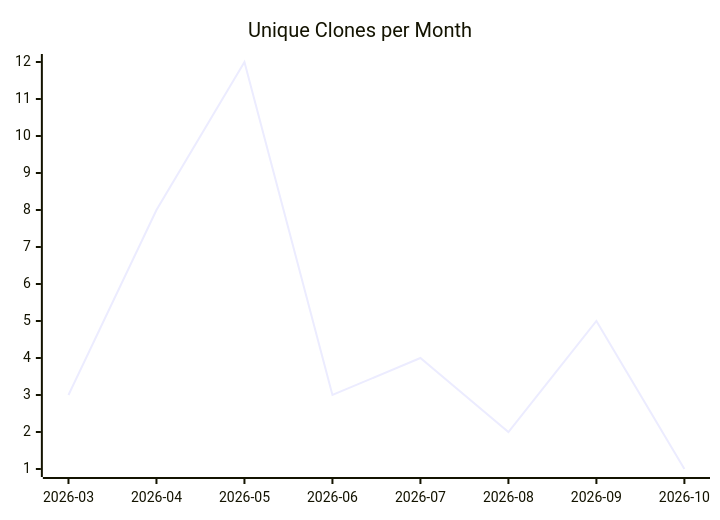
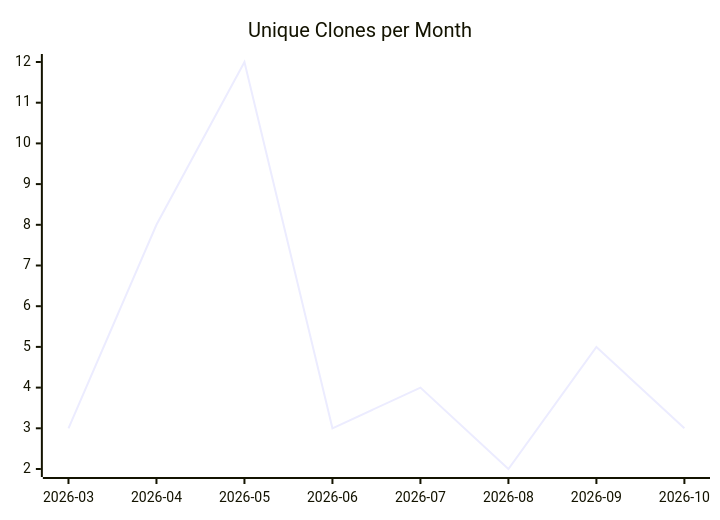
One commit to justdavis-family/github-analytics-data changed the third of 3 diagrams in karlmdavis/puppet-sonar/README.md. Above: the diagram before and after it, drawn with Mermaid. The commit also changed other lines of this file and 203 other files, not shown here.

````diff
--- a/karlmdavis/puppet-sonar/README.md
+++ b/karlmdavis/puppet-sonar/README.md
@@ -19,6 +19,6 @@
 ```mermaid
 xychart-beta
   title "Unique Clones per Month"
   x-axis ["2026-03", "2026-04", "2026-05", "2026-06", "2026-07", "2026-08", "2026-09", "2026-10"]
-  line [3, 8, 12, 3, 4, 2, 5, 1]
+  line [3, 8, 12, 3, 4, 2, 5, 3]
 ```
````
